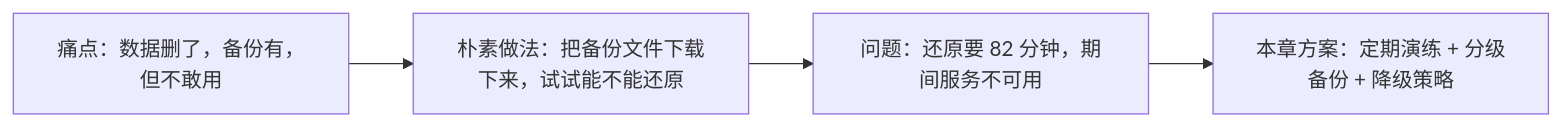
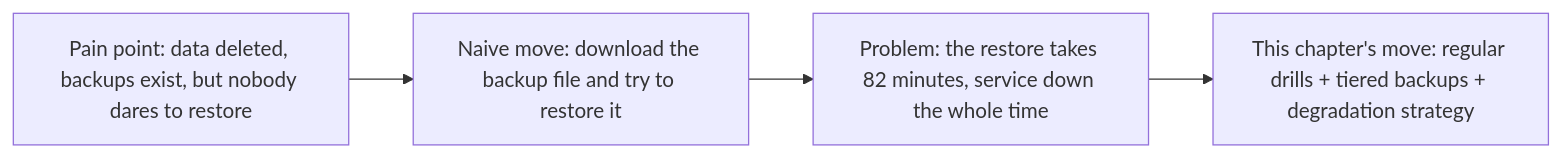
The first of 2 diagrams in phase5/chapters/ch06-disaster-recovery.md (xzlxiao/vibe-coding-textbook), drawn with Mermaid before and after one commit. The commit also changed other lines of this file and 10 other files, not shown here.

````diff
--- a/phase5/chapters/ch06-disaster-recovery.md
+++ b/phase5/chapters/ch06-disaster-recovery.md
@@ -43,6 +43,6 @@
 ```mermaid
 flowchart LR
-    P["痛点：数据删了，备份有，但不敢用"] --> N["朴素做法：把备份文件下载下来，试试能不能还原"]
-    N --> F["问题：还原要 82 分钟，期间服务不可用"]
-    F --> S["本章方案：定期演练 + 分级备份 + 降级策略"]
+    P["Pain point: data deleted, backups exist, but nobody dares to restore"] --> N["Naive move: download the backup file and try to restore it"]
+    N --> F["Problem: the restore takes 82 minutes, service down the whole time"]
+    F --> S["This chapter's move: regular drills + tiered backups + degradation strategy"]
 ```
````
